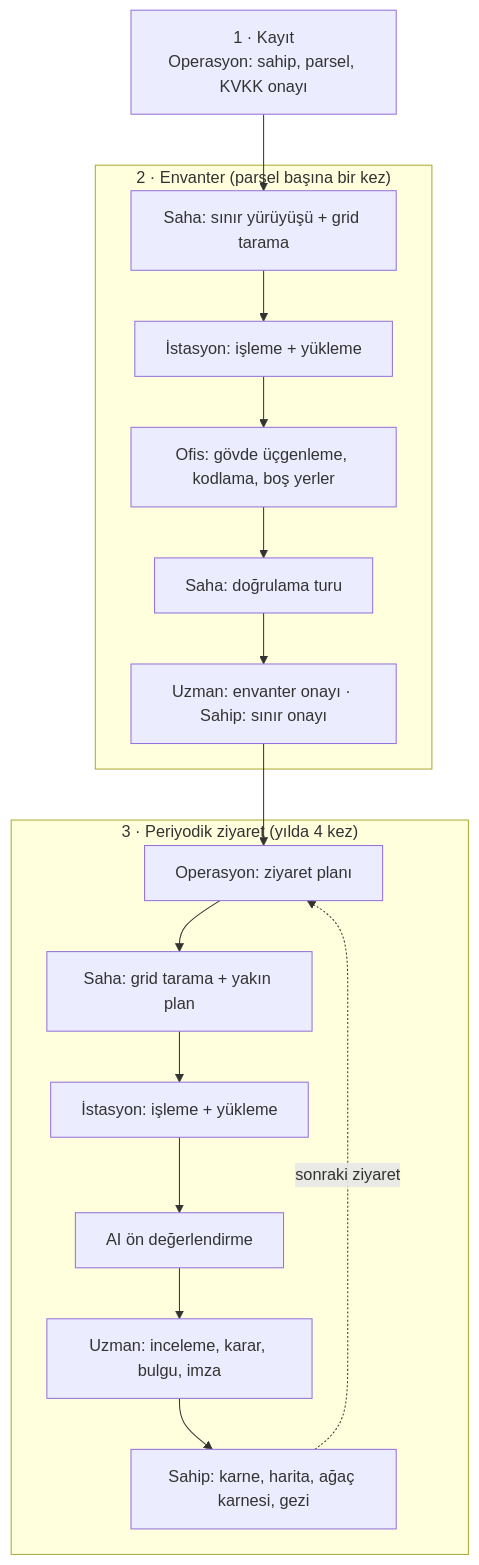
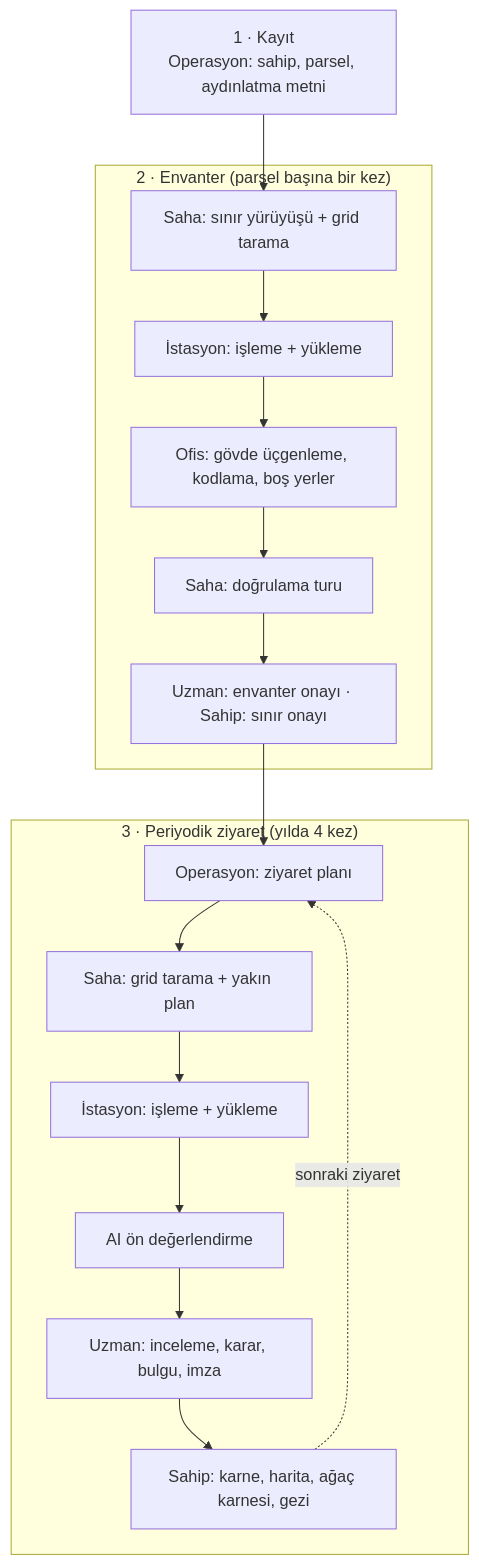
Before and after one commit to yusuftiryaki/orchadOS: the diagram in docs/kullanim-kilavuzu.md, drawn with Mermaid. The commit also changed other lines of this file and 3 other files, not shown here.

````diff
--- a/docs/kullanim-kilavuzu.md
+++ b/docs/kullanim-kilavuzu.md
@@ -38,19 +38,19 @@
 ```mermaid
 flowchart TD
-    K["1 · Kayıt<br/>Operasyon: sahip, parsel, KVKK onayı"] --> E1
+    K["1 · Kayıt<br/>Operasyon: sahip, parsel, aydınlatma metni"] --> E1
     subgraph ENV["2 · Envanter (parsel başına bir kez)"]
         E1["Saha: sınır yürüyüşü + grid tarama"] --> E2["İstasyon: işleme + yükleme"]
         E2 --> E3["Ofis: gövde üçgenleme, kodlama, boş yerler"]
         E3 --> E4["Saha: doğrulama turu"]
         E4 --> E5["Uzman: envanter onayı · Sahip: sınır onayı"]
     end
     E5 --> P1
     subgraph PER["3 · Periyodik ziyaret (yılda 4 kez)"]
         P1["Operasyon: ziyaret planı"] --> P2["Saha: grid tarama + yakın plan"]
         P2 --> P3["İstasyon: işleme + yükleme"]
         P3 --> P4["AI ön değerlendirme"]
         P4 --> P5["Uzman: inceleme, karar, bulgu, imza"]
         P5 --> P6["Sahip: karne, harita, ağaç karnesi, gezi"]
     end
     P6 -. "sonraki ziyaret" .-> P1
 ```
````
